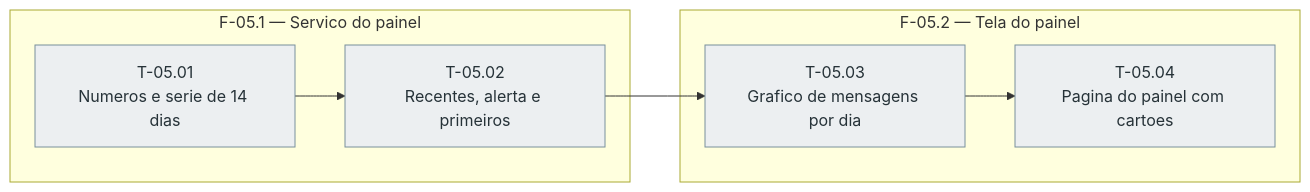
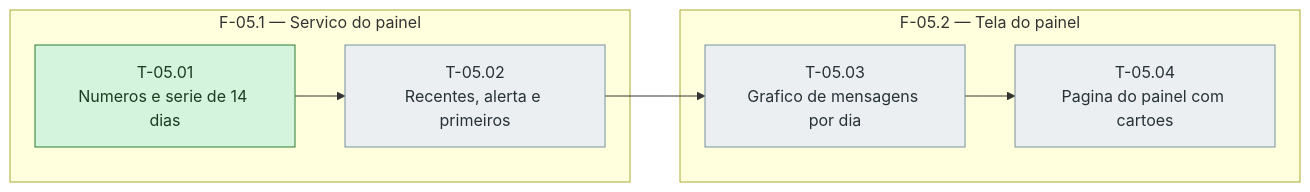
One commit to bittencourtthulio/converse-chatbot changed the diagram in docs/historico-de-conversas/sprint-05/fases.md. Above: the diagram before and after it, drawn with Mermaid. The commit also changed 4 other files, not shown here.

````diff
--- a/docs/historico-de-conversas/sprint-05/fases.md
+++ b/docs/historico-de-conversas/sprint-05/fases.md
@@ -31,26 +31,26 @@
 ```mermaid
 %% Grafo de tasks — sprint-05 — gerado pela sprintx a partir de tasks.md
 flowchart LR
   subgraph fase_05_1["F-05.1 — Servico do painel"]
     T_05_01["T-05.01<br/>Numeros e serie de 14 dias"]
     T_05_02["T-05.02<br/>Recentes, alerta e primeiros"]
   end
   subgraph fase_05_2["F-05.2 — Tela do painel"]
     T_05_03["T-05.03<br/>Grafico de mensagens por dia"]
     T_05_04["T-05.04<br/>Pagina do painel com cartoes"]
   end
   T_05_01 --> T_05_02
   T_05_02 --> T_05_03
   T_05_03 --> T_05_04
 
   classDef concluida fill:#d4f4dd,stroke:#2e7d32,color:#1b3d20
   classDef andamento fill:#fff3cd,stroke:#b8860b,color:#4a3800
   classDef bloqueada fill:#f8d7da,stroke:#c62828,color:#4a1d1f
   classDef pendente  fill:#eceff1,stroke:#78909c,color:#263238
   classDef critico   stroke-width:3px
 
-  class T_05_01 pendente
+  class T_05_01 concluida
   class T_05_02 pendente
   class T_05_03 pendente
   class T_05_04 pendente
 ```
````
